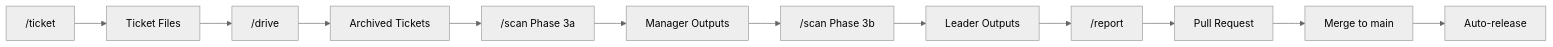
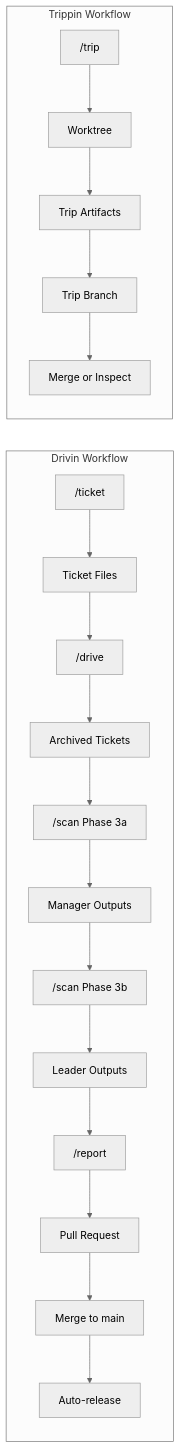
The fourth of 4 diagrams in .workaholic/specs/usecase.md (qmu/workaholic), drawn with Mermaid (neutral theme) before and after one commit. The commit also changed other lines of this file and 57 other files, not shown here.

````diff
--- a/.workaholic/specs/usecase.md
+++ b/.workaholic/specs/usecase.md
@@ -433,14 +382,23 @@
 ```mermaid
 flowchart LR
-    T["/ticket"] --> TD[Ticket Files]
-    TD --> D["/drive"]
-    D --> AT[Archived Tickets]
-    AT --> SP3a["/scan Phase 3a"]
-    SP3a --> MO[Manager Outputs]
-    MO --> SP3b["/scan Phase 3b"]
-    SP3b --> LO[Leader Outputs]
-    LO --> R["/report"]
-    R --> PR[Pull Request]
-    PR --> M[Merge to main]
-    M --> REL[Auto-release]
+    subgraph "Drivin Workflow"
+        T["/ticket"] --> TD[Ticket Files]
+        TD --> D["/drive"]
+        D --> AT[Archived Tickets]
+        AT --> SP3a["/scan Phase 3a"]
+        SP3a --> MO[Manager Outputs]
+        MO --> SP3b["/scan Phase 3b"]
+        SP3b --> LO[Leader Outputs]
+        LO --> R["/report"]
+        R --> PR[Pull Request]
+        PR --> M[Merge to main]
+        M --> REL[Auto-release]
+    end
+
+    subgraph "Trippin Workflow"
+        TR["/trip"] --> WT[Worktree]
+        WT --> Arts[Trip Artifacts]
+        Arts --> Branch[Trip Branch]
+        Branch --> Merge[Merge or Inspect]
+    end
 ```
````
